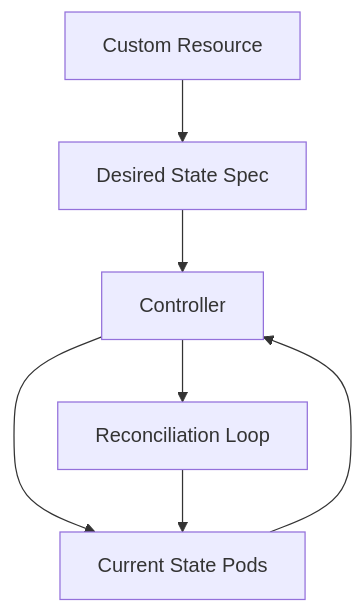
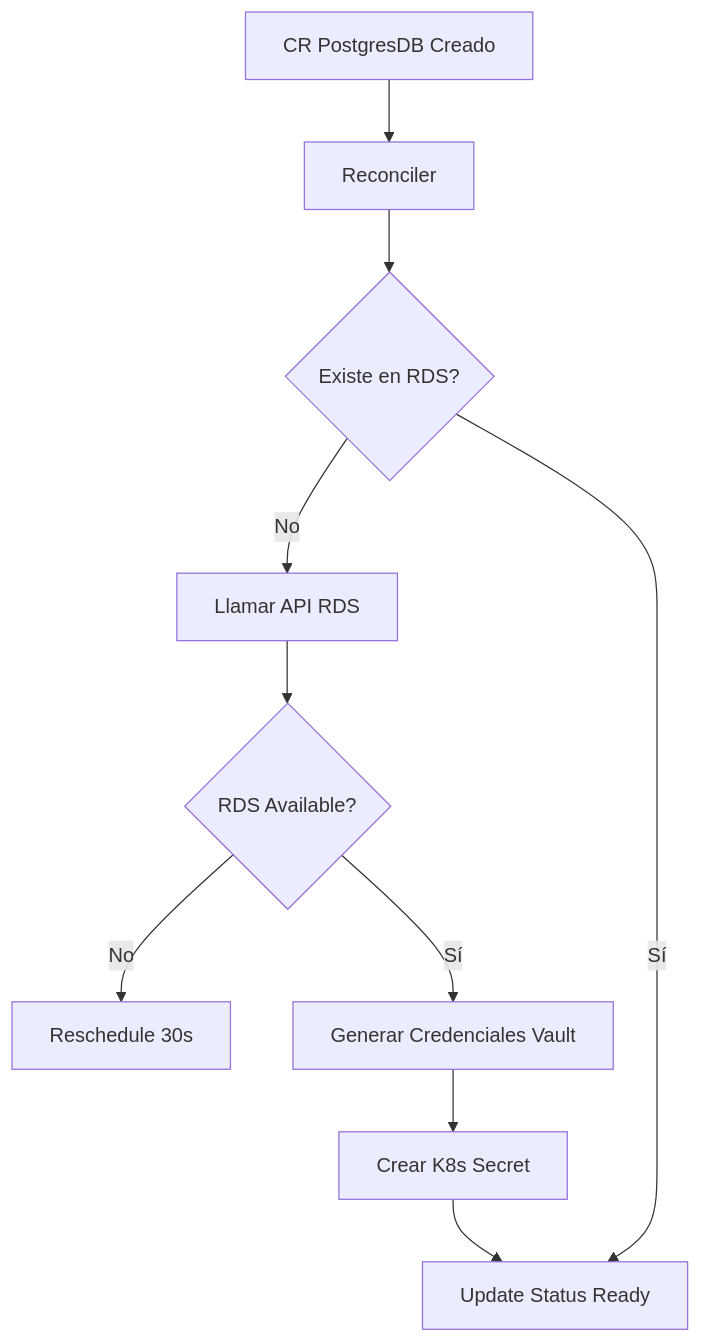
One commit to Joaquinriosheredia/DAM-Java-Mastery changed the fifth of 6 diagrams in _Review/kubernetes_operators_y_control_loops/kubernetes_operators_y_control_loops.md. Above: the diagram before and after it, drawn with Mermaid. The commit also changed other lines of this file, not shown here.

````diff
--- a/_Review/kubernetes_operators_y_control_loops/kubernetes_operators_y_control_loops.md
+++ b/_Review/kubernetes_operators_y_control_loops/kubernetes_operators_y_control_loops.md
@@ -1173,9 +394,12 @@
 ```mermaid
 graph TD
-    A[Custom Resource] --> B[Desired State Spec]
-    B --> C[Controller]
-    C --> D[Current State Pods]
-    D --> C
-    C --> E[Reconciliation Loop]
-    E --> D
+    A[CR PostgresDB Creado] --> B[Reconciler]
+    B --> C{Existe en RDS?}
+    C -->|No| D[Llamar API RDS]
+    D --> E{RDS Available?}
+    E -->|No| F[Reschedule 30s]
+    E -->|Sí| G[Generar Credenciales Vault]
+    G --> H[Crear K8s Secret]
+    H --> I[Update Status Ready]
+    C -->|Sí| I
 ```
````
